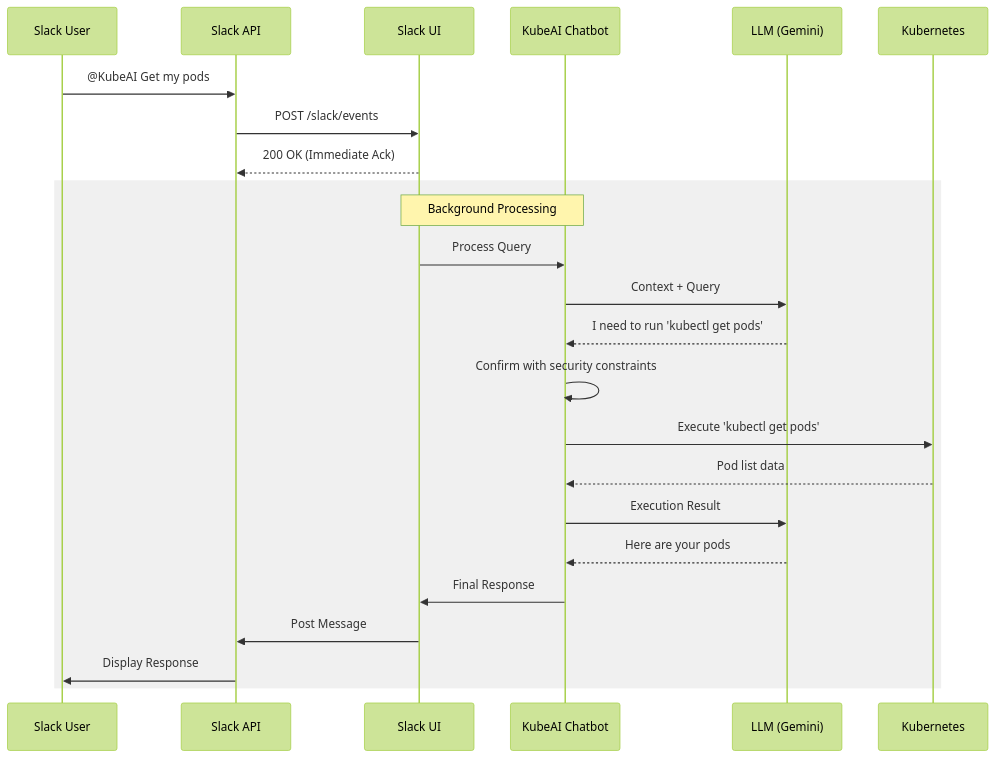
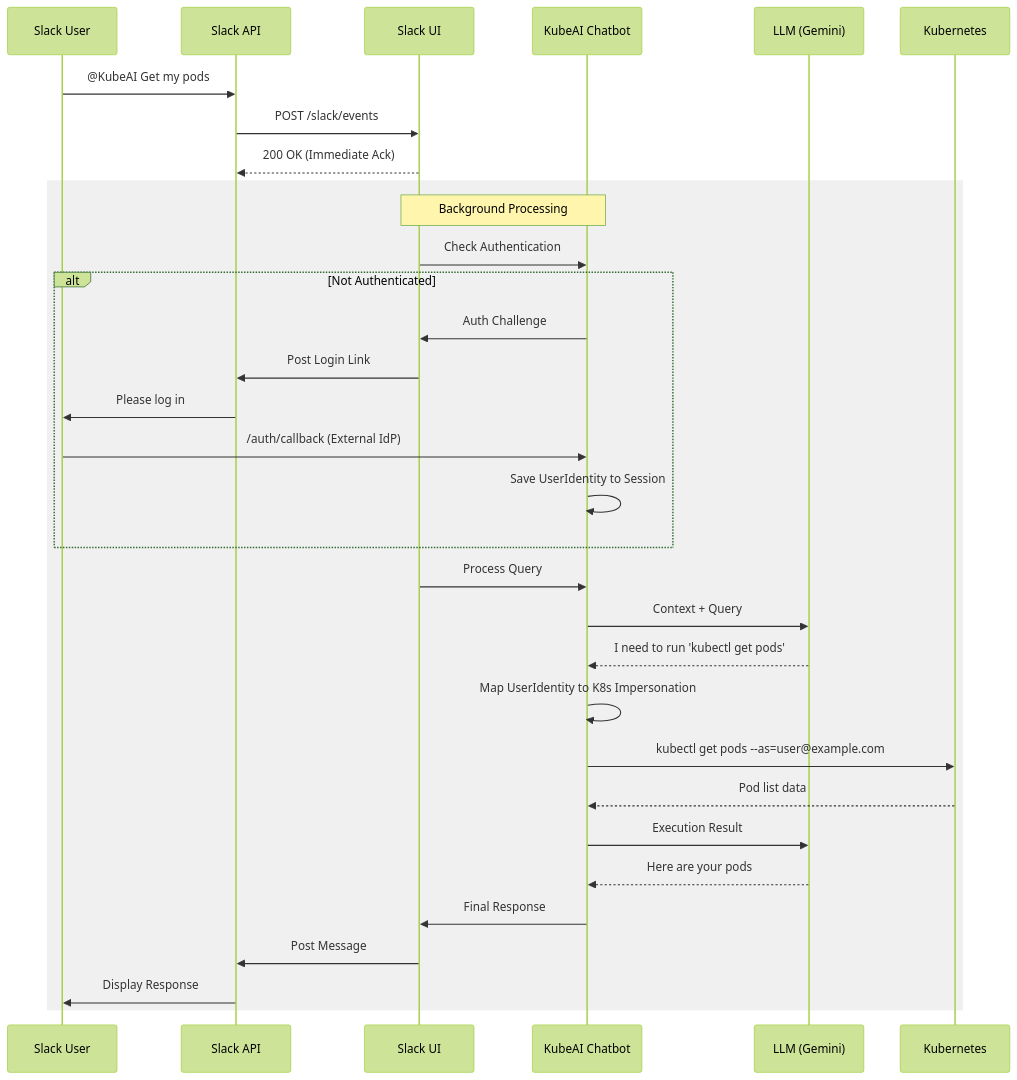
One commit to KongZ/kubeai-chatbot changed the third of 3 diagrams in docs/architecture.md. Above: the diagram before and after it, drawn with Mermaid (forest theme). The commit also changed other lines of this file and 23 other files, not shown here.

````diff
--- a/docs/architecture.md
+++ b/docs/architecture.md
@@ -82,28 +92,37 @@
 ```mermaid
 sequenceDiagram
   participant U as Slack User
   participant S as Slack API
   participant UI as Slack UI
   participant Ag as KubeAI Chatbot
   participant L as LLM (Gemini)
   participant K as Kubernetes
 
   U->>S: @KubeAI Get my pods
   S->>UI: POST /slack/events
   UI-->>S: 200 OK (Immediate Ack)
 
   rect rgb(240, 240, 240)
   Note over UI,Ag: Background Processing
+  UI->>Ag: Check Authentication
+  alt Not Authenticated
+      Ag->>UI: Auth Challenge
+      UI->>S: Post Login Link
+      S->>U: Please log in
+      U->>Ag: /auth/callback (External IdP)
+      Ag->>Ag: Save UserIdentity to Session
+  end
+
   UI->>Ag: Process Query
   Ag->>L: Context + Query
   L-->>Ag: I need to run 'kubectl get pods'
-  Ag->>Ag: Confirm with security constraints
-  Ag->>K: Execute 'kubectl get pods'
+  Ag->>Ag: Map UserIdentity to K8s Impersonation
+  Ag->>K: kubectl get pods --as=user@example.com
   K-->>Ag: Pod list data
   Ag->>L: Execution Result
   L-->>Ag: Here are your pods
   Ag->>UI: Final Response
   UI->>S: Post Message
   S->>U: Display Response
   end
 ```
````
